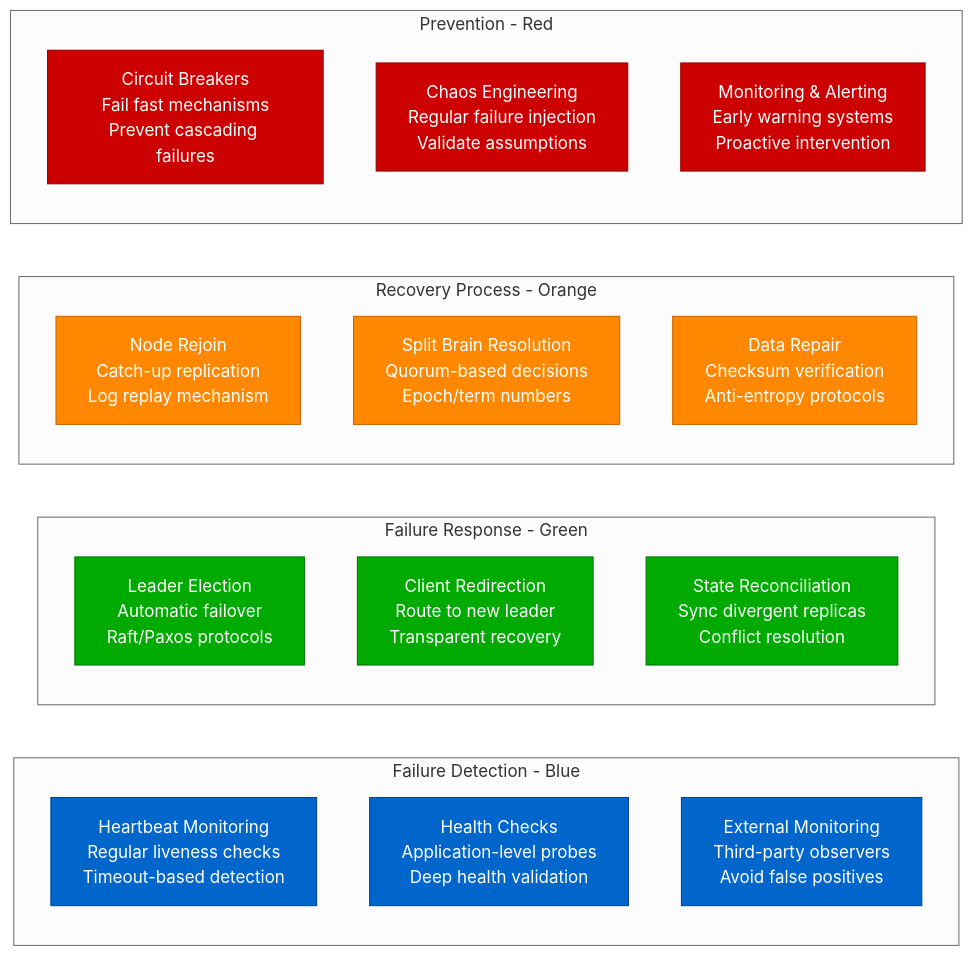
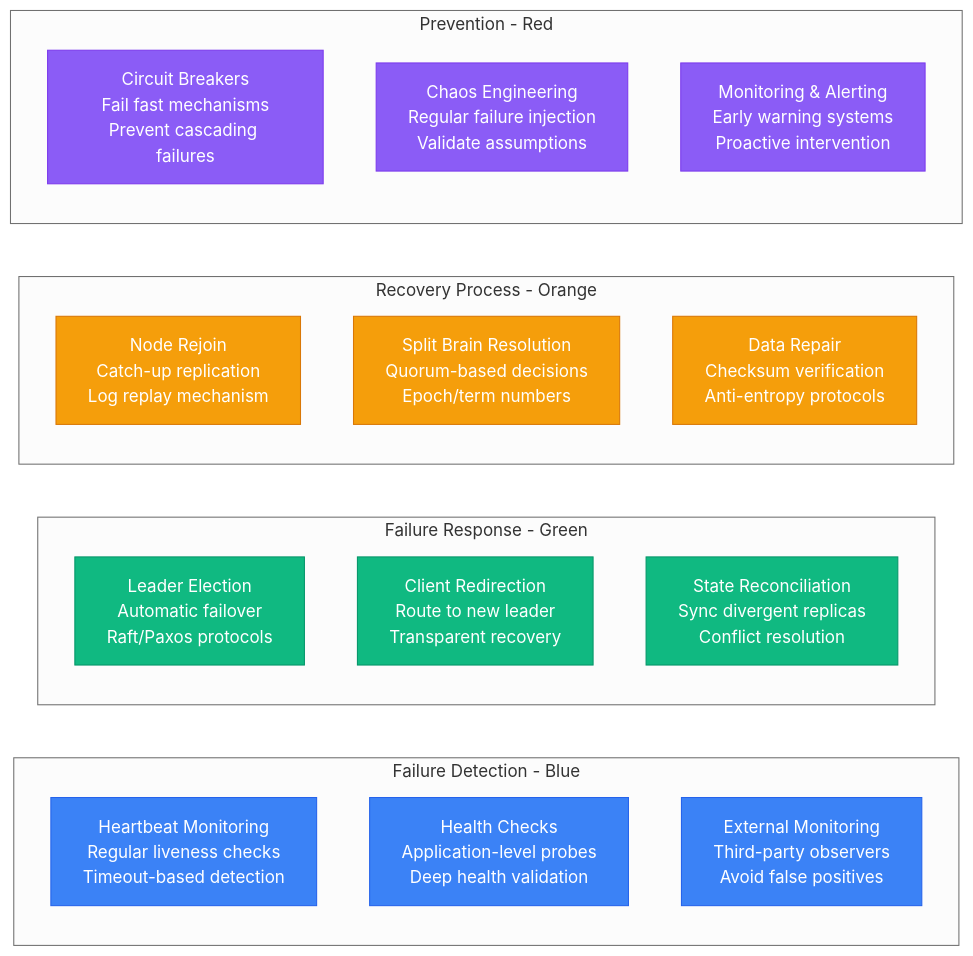
The ninth of 10 diagrams in site/docs/guarantees/linearizability/linearizability-failures.md (deepaucksharma/DS), drawn with Mermaid (neutral theme) before and after one commit. The commit also changed other lines of this file and 303 other files, not shown here.

````diff
--- a/site/docs/guarantees/linearizability/linearizability-failures.md
+++ b/site/docs/guarantees/linearizability/linearizability-failures.md
@@ -347,36 +347,36 @@
 ```mermaid
 graph LR
     subgraph Detection[Failure Detection - Blue]
         FD1[Heartbeat Monitoring<br/>Regular liveness checks<br/>Timeout-based detection]
         FD2[Health Checks<br/>Application-level probes<br/>Deep health validation]
         FD3[External Monitoring<br/>Third-party observers<br/>Avoid false positives]
     end
 
     subgraph Response[Failure Response - Green]
         FR1[Leader Election<br/>Automatic failover<br/>Raft/Paxos protocols]
         FR2[Client Redirection<br/>Route to new leader<br/>Transparent recovery]
         FR3[State Reconciliation<br/>Sync divergent replicas<br/>Conflict resolution]
     end
 
     subgraph Recovery[Recovery Process - Orange]
         RC1[Node Rejoin<br/>Catch-up replication<br/>Log replay mechanism]
         RC2[Split Brain Resolution<br/>Quorum-based decisions<br/>Epoch/term numbers]
         RC3[Data Repair<br/>Checksum verification<br/>Anti-entropy protocols]
     end
 
     subgraph Prevention[Prevention - Red]
         PV1[Circuit Breakers<br/>Fail fast mechanisms<br/>Prevent cascading failures]
         PV2[Chaos Engineering<br/>Regular failure injection<br/>Validate assumptions]
         PV3[Monitoring & Alerting<br/>Early warning systems<br/>Proactive intervention]
     end
 
-    classDef detectionStyle fill:#0066CC,stroke:#004499,color:#fff
-    classDef responseStyle fill:#00AA00,stroke:#007700,color:#fff
-    classDef recoveryStyle fill:#FF8800,stroke:#CC6600,color:#fff
-    classDef preventionStyle fill:#CC0000,stroke:#990000,color:#fff
+    classDef detectionStyle fill:#3B82F6,stroke:#2563EB,color:#fff
+    classDef responseStyle fill:#10B981,stroke:#059669,color:#fff
+    classDef recoveryStyle fill:#F59E0B,stroke:#D97706,color:#fff
+    classDef preventionStyle fill:#8B5CF6,stroke:#7C3AED,color:#fff
 
     class FD1,FD2,FD3 detectionStyle
     class FR1,FR2,FR3 responseStyle
     class RC1,RC2,RC3 recoveryStyle
     class PV1,PV2,PV3 preventionStyle
 ```
````
